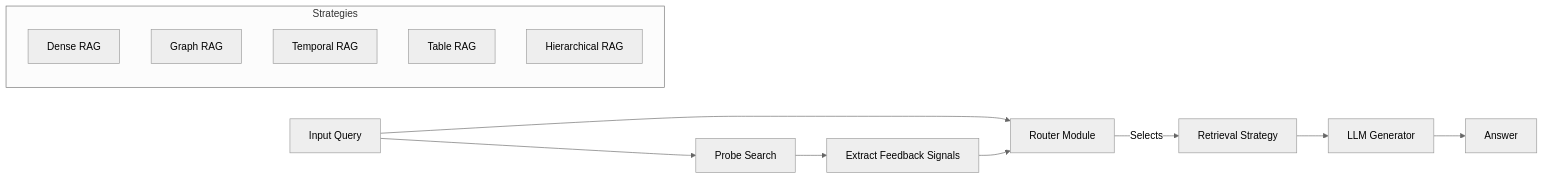
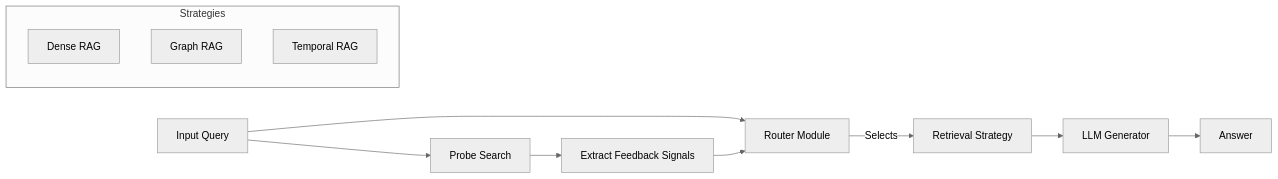
One commit to LiamDemb/RAQR changed the diagram in docs/Architecture.md. Above: the diagram before and after it, drawn with Mermaid (neutral theme). The commit also changed other lines of this file and 3 other files, not shown here.

Commit message:
Removing TableRAG and HierarchicalRAG from the documentation

````diff
--- a/docs/Architecture.md
+++ b/docs/Architecture.md
@@ -9,20 +9,18 @@
 ```mermaid
 graph LR
     User[Input Query] --> Probe[Probe Search]
     Probe --> Stats[Extract Feedback Signals]
     User --> Router[Router Module]
     Stats --> Router
     
     Router -->|Selects| Strategy[Retrieval Strategy]
     
     subgraph Strategies
     S1[Dense RAG]
     S2[Graph RAG]
     S3[Temporal RAG]
-    S4[Table RAG]
-    S5[Hierarchical RAG]
     end
     
     Strategy --> Generator[LLM Generator]
     Generator --> Answer
 ```
````
